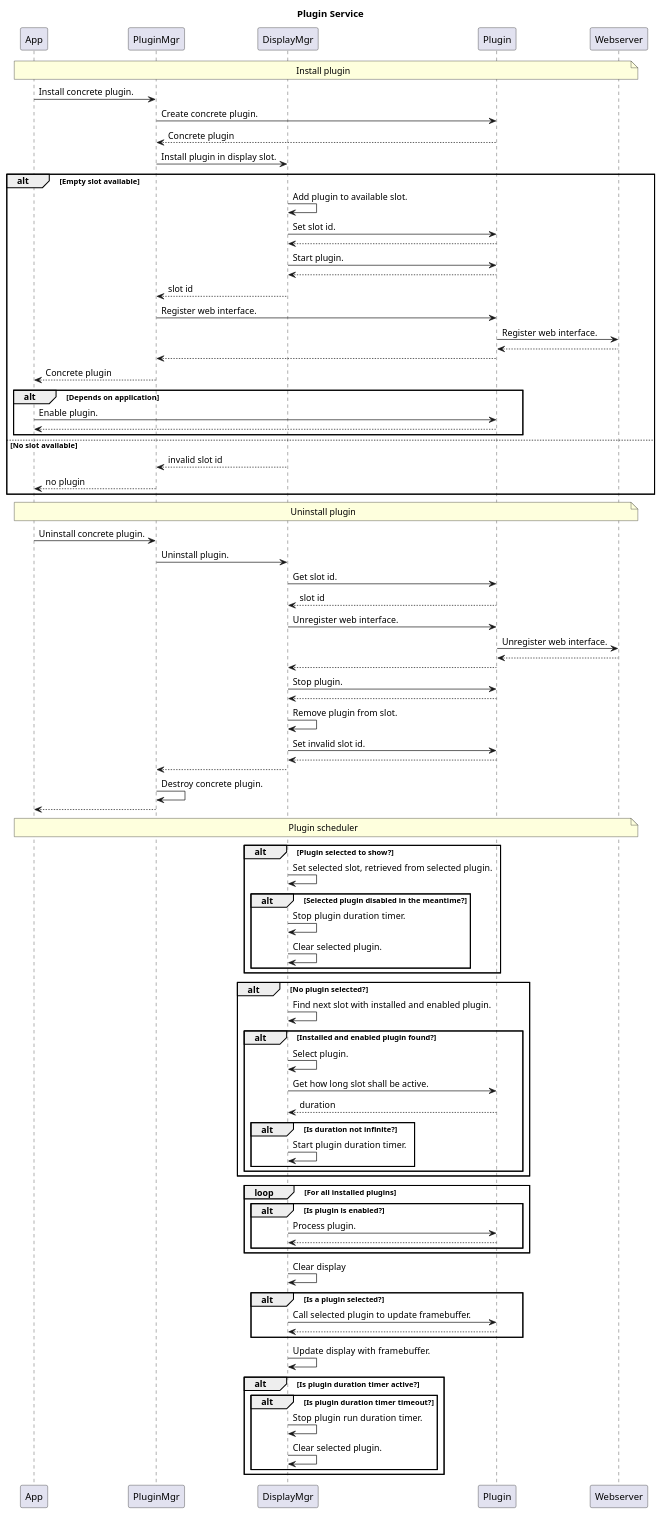
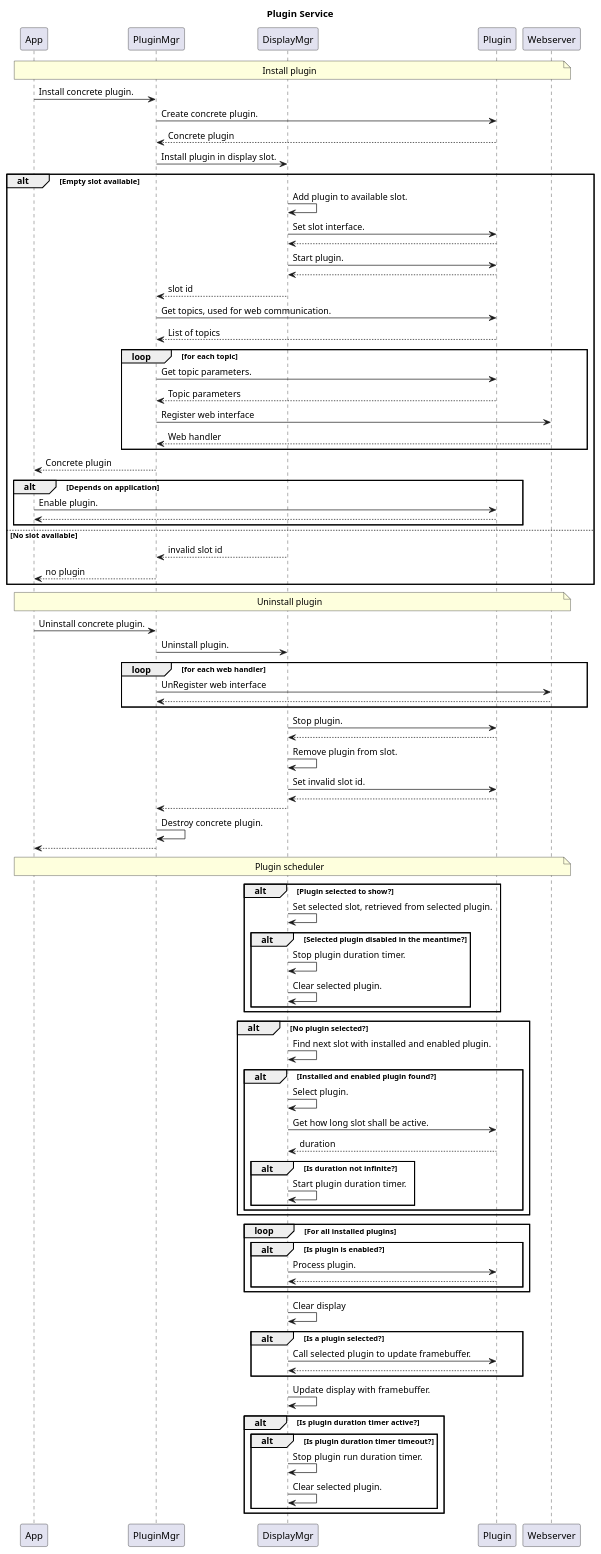
The diagram in doc/design/plugin-service-dynamic.plantuml (BlueAndi/Pixelix), drawn with PlantUML before and after one commit.

Commit message:
Dynamic behavior of the plugin service updated to be consistent with new web interface.

```diff
--- a/doc/design/plugin-service-dynamic.plantuml
+++ b/doc/design/plugin-service-dynamic.plantuml
@@ -1,121 +1,127 @@
 @startuml
 
 title Plugin Service
 
 participant "App" as app
 participant "PluginMgr" as pluginMgr
 participant "DisplayMgr" as displayMgr
 participant "Plugin" as plugin
 participant "Webserver" as webServer
 
 note over app,webServer
     Install plugin
 end note
 
 app -> pluginMgr: Install concrete plugin.
 pluginMgr -> plugin: Create concrete plugin.
 plugin --> pluginMgr: Concrete plugin
 pluginMgr -> displayMgr: Install plugin in display slot.
 
 alt Empty slot available
     displayMgr -> displayMgr: Add plugin to available slot.
-    displayMgr -> plugin: Set slot id.
+    displayMgr -> plugin: Set slot interface.
     plugin --> displayMgr
     displayMgr -> plugin: Start plugin.
     plugin --> displayMgr
     displayMgr --> pluginMgr: slot id
-    pluginMgr -> plugin: Register web interface.
-    plugin -> webServer: Register web interface.
-    webServer --> plugin
-    plugin --> pluginMgr
+    pluginMgr -> plugin: Get topics, used for web communication.
+    plugin --> pluginMgr: List of topics
+
+    loop for each topic
+        pluginMgr -> plugin: Get topic parameters.
+        plugin --> pluginMgr: Topic parameters
+        pluginMgr -> webServer: Register web interface
+        webServer --> pluginMgr: Web handler
+    end loop
+
     pluginMgr --> app: Concrete plugin
 
     alt Depends on application
         app -> plugin: Enable plugin.
         plugin --> app
     end alt
 else No slot available
     displayMgr --> pluginMgr: invalid slot id
     pluginMgr --> app: no plugin
 end alt
 
 note over app,webServer
     Uninstall plugin
 end note
 
 app -> pluginMgr: Uninstall concrete plugin.
 pluginMgr -> displayMgr: Uninstall plugin.
-displayMgr -> plugin: Get slot id.
-plugin --> displayMgr: slot id
-displayMgr -> plugin: Unregister web interface.
-plugin -> webServer: Unregister web interface.
-webServer --> plugin
-plugin --> displayMgr
+
+loop for each web handler
+    pluginMgr -> webServer: UnRegister web interface
+    webServer --> pluginMgr
+end loop
+
 displayMgr -> plugin: Stop plugin.
 plugin --> displayMgr
 displayMgr -> displayMgr: Remove plugin from slot.
 displayMgr -> plugin: Set invalid slot id.
 plugin --> displayMgr
 displayMgr --> pluginMgr
 pluginMgr -> pluginMgr: Destroy concrete plugin.
 pluginMgr --> app
 
 note over app,webServer
     Plugin scheduler
 end note
 
 alt Plugin selected to show?
 
     displayMgr -> displayMgr: Set selected slot, retrieved from selected plugin.
 
     alt Selected plugin disabled in the meantime?
         displayMgr -> displayMgr: Stop plugin duration timer.
         displayMgr -> displayMgr: Clear selected plugin.
     end alt
 
 end alt
 
 alt No plugin selected?
 
     displayMgr -> displayMgr: Find next slot with installed and enabled plugin.
 
     alt Installed and enabled plugin found?
         displayMgr -> displayMgr: Select plugin.
         displayMgr -> plugin: Get how long slot shall be active.
         plugin --> displayMgr: duration
 
         alt Is duration not infinite?
             displayMgr -> displayMgr: Start plugin duration timer.
         end alt
     end alt
 
 end alt
 
 loop For all installed plugins
 
     alt Is plugin is enabled?
 
         displayMgr -> plugin: Process plugin.
         plugin --> displayMgr
 
     end alt
 
 end loop
 
 displayMgr -> displayMgr: Clear display
 
 alt Is a plugin selected?
     displayMgr -> plugin: Call selected plugin to update framebuffer.
     plugin --> displayMgr
 end alt
 
 displayMgr -> displayMgr: Update display with framebuffer.
 
 alt Is plugin duration timer active?
     alt Is plugin duration timer timeout?
         displayMgr -> displayMgr: Stop plugin run duration timer.
         displayMgr -> displayMgr: Clear selected plugin.
     end alt
 end alt
 
 @enduml
```
